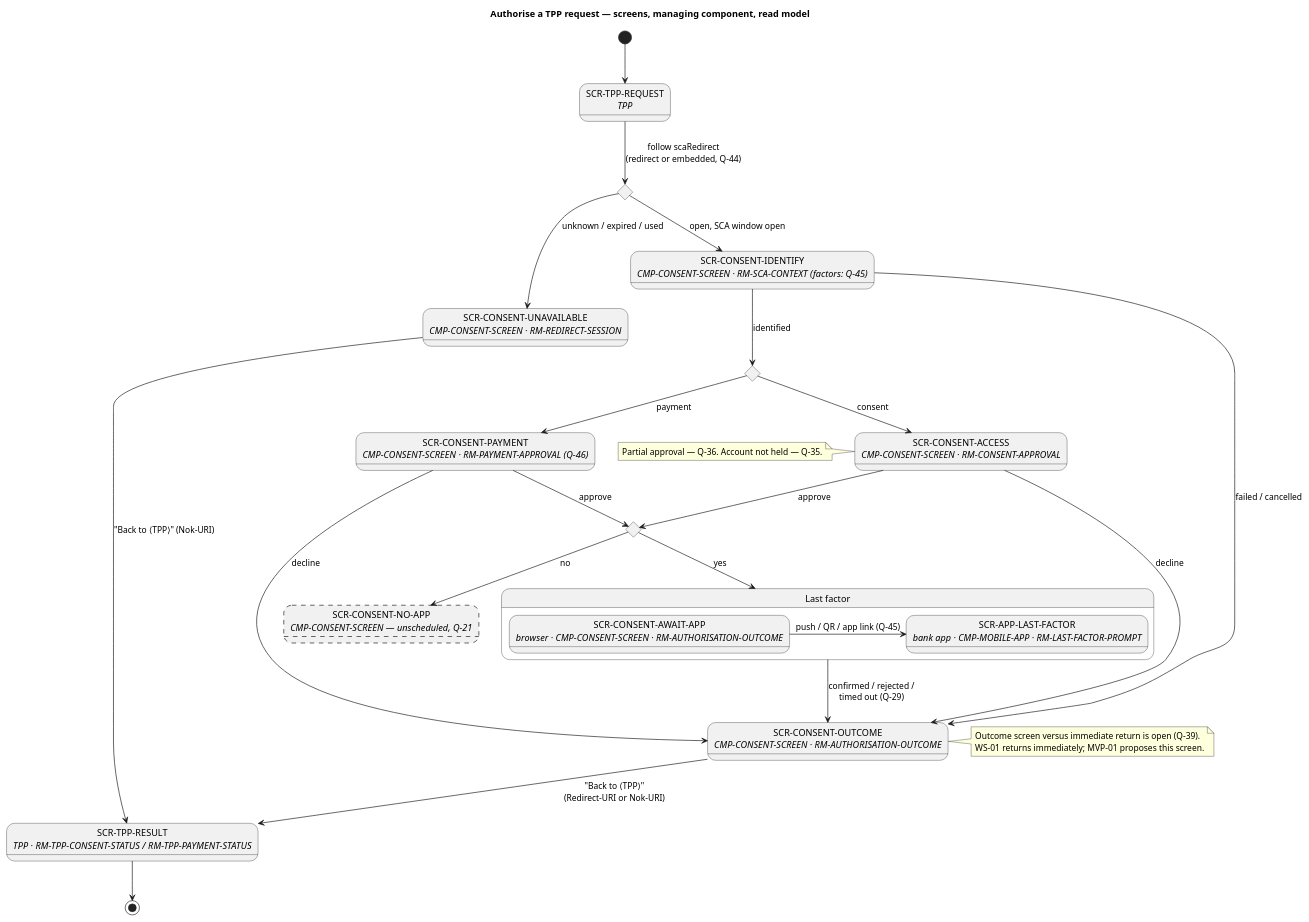
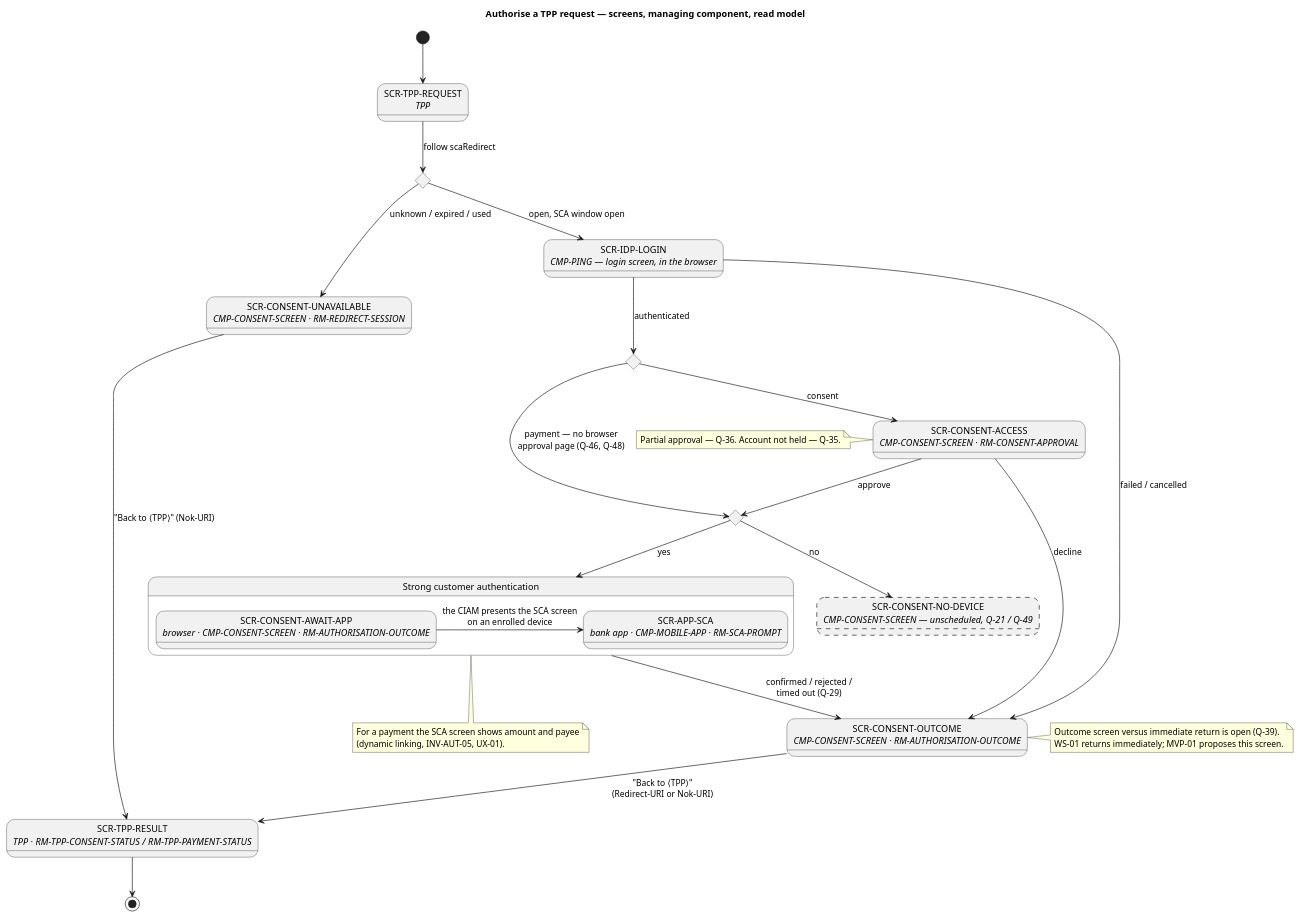
Before and after one commit to vondacho/psd2-sandbox: the diagram in docs/system/uml/ux/authorisation-screen-flow.puml, drawn with PlantUML. The commit also changed 33 other files, not shown here.

```diff
--- a/docs/system/uml/ux/authorisation-screen-flow.puml
+++ b/docs/system/uml/ux/authorisation-screen-flow.puml
@@ -1,51 +1,53 @@
 @startuml authorisation-screen-flow
-' Screen flow — authorise a TPP request (consent or payment). PROPOSAL, AI, 2026-09-19.
-' Iteration 3 (SRC-ADR 87c72b8): approval on the consent screen (provider D-01); the mobile app
-' carries only the last SCA factor, often on another device than the browser.
+' Screen flow — authorise a TPP request (consent or payment). PROPOSAL, AI.
+' Iteration 4 (SRC-ADR 7ed3eb1): three surfaces — the IDP login screen (Ping), the consent screen
+' (provider D-01) and the SCA screen in the bank app, presented on demand by the CIAM on an enrolled
+' device. A payment has no browser approval page: it is approved on the SCA screen (Q-46, Q-48).
 ' Screens (SCR-*) and read models (RM-*) are defined in docs/journeys/service-blueprint.md.
 title Authorise a TPP request — screens, managing component, read model
 
 state "SCR-TPP-REQUEST\n<i>TPP</i>" as TppReq
 state "Redirect token valid?" as Link <<choice>>
 state "SCR-CONSENT-UNAVAILABLE\n<i>CMP-CONSENT-SCREEN · RM-REDIRECT-SESSION</i>" as Unavailable
-state "SCR-CONSENT-IDENTIFY\n<i>CMP-CONSENT-SCREEN · RM-SCA-CONTEXT (factors: Q-45)</i>" as Identify
+state "SCR-IDP-LOGIN\n<i>CMP-PING — login screen, in the browser</i>" as Login
 state "Purpose" as Purpose <<choice>>
 state "SCR-CONSENT-ACCESS\n<i>CMP-CONSENT-SCREEN · RM-CONSENT-APPROVAL</i>" as Access
-state "SCR-CONSENT-PAYMENT\n<i>CMP-CONSENT-SCREEN · RM-PAYMENT-APPROVAL (Q-46)</i>" as Payment
-state "Registered app?" as HasApp <<choice>>
-state "SCR-CONSENT-NO-APP\n<i>CMP-CONSENT-SCREEN — unscheduled, Q-21</i>" as NoApp #line.dashed
-state "Last factor" as LF {
+state "Enrolled device?" as HasDevice <<choice>>
+state "SCR-CONSENT-NO-DEVICE\n<i>CMP-CONSENT-SCREEN — unscheduled, Q-21 / Q-49</i>" as NoDevice #line.dashed
+state "Strong customer authentication" as SCA {
   state "SCR-CONSENT-AWAIT-APP\n<i>browser · CMP-CONSENT-SCREEN · RM-AUTHORISATION-OUTCOME</i>" as Await
-  state "SCR-APP-LAST-FACTOR\n<i>bank app · CMP-MOBILE-APP · RM-LAST-FACTOR-PROMPT</i>" as AppLF
-  Await -right-> AppLF : push / QR / app link (Q-45)
+  state "SCR-APP-SCA\n<i>bank app · CMP-MOBILE-APP · RM-SCA-PROMPT</i>" as AppSca
+  Await -right-> AppSca : the CIAM presents the SCA screen\non an enrolled device
 }
 state "SCR-CONSENT-OUTCOME\n<i>CMP-CONSENT-SCREEN · RM-AUTHORISATION-OUTCOME</i>" as Outcome
 state "SCR-TPP-RESULT\n<i>TPP · RM-TPP-CONSENT-STATUS / RM-TPP-PAYMENT-STATUS</i>" as TppResult
 
 [*] --> TppReq
-TppReq --> Link : follow scaRedirect\n(redirect or embedded, Q-44)
-Link --> Identify : open, SCA window open
+TppReq --> Link : follow scaRedirect
+Link --> Login : open, SCA window open
 Link --> Unavailable : unknown / expired / used
-Identify --> Purpose : identified
-Identify --> Outcome : failed / cancelled
+Login --> Purpose : authenticated
+Login --> Outcome : failed / cancelled
 Purpose --> Access : consent
-Purpose --> Payment : payment
-Access --> HasApp : approve
-Payment --> HasApp : approve
+Purpose --> HasDevice : payment — no browser\napproval page (Q-46, Q-48)
+Access --> HasDevice : approve
 Access --> Outcome : decline
-Payment --> Outcome : decline
-HasApp --> LF : yes
-HasApp --> NoApp : no
-LF --> Outcome : confirmed / rejected /\ntimed out (Q-29)
+HasDevice --> SCA : yes
+HasDevice --> NoDevice : no
+SCA --> Outcome : confirmed / rejected /\ntimed out (Q-29)
 Outcome --> TppResult : "Back to ⟨TPP⟩"\n(Redirect-URI or Nok-URI)
 Unavailable --> TppResult : "Back to ⟨TPP⟩" (Nok-URI)
 TppResult --> [*]
 
 note right of Outcome
   Outcome screen versus immediate return is open (Q-39).
   WS-01 returns immediately; MVP-01 proposes this screen.
 end note
 note left of Access
   Partial approval — Q-36. Account not held — Q-35.
 end note
+note bottom of SCA
+  For a payment the SCA screen shows amount and payee
+  (dynamic linking, INV-AUT-05, UX-01).
+end note
 @enduml
```
